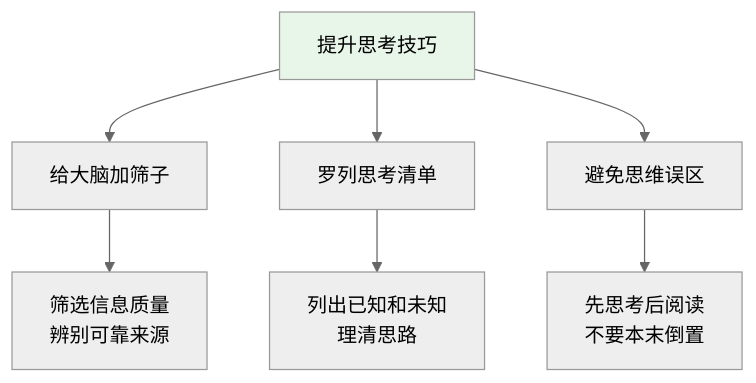
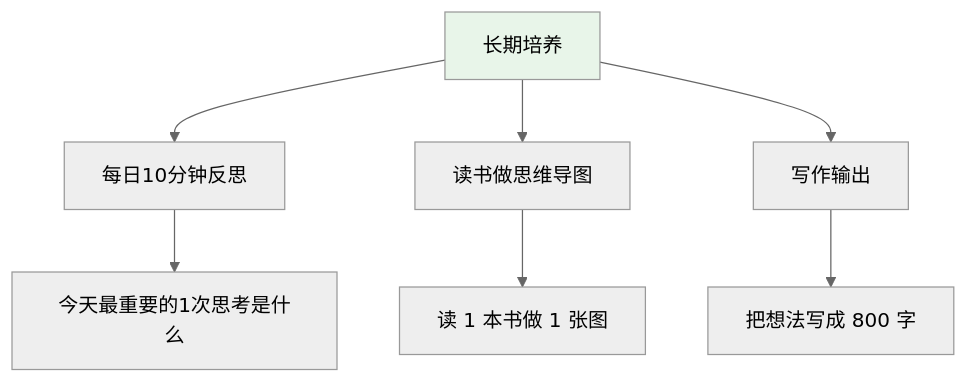
Before and after one commit to chongyang211/YCBookBlog: the fifth of 7 diagrams in 10.打工充平常记录/10.自我精进七课/07.底层思维的训练/7.6思考能力的提升.md, drawn with Mermaid (neutral theme). The commit also changed other lines of this file and 55 other files, not shown here.

````diff
--- a/10.打工充平常记录/10.自我精进七课/07.底层思维的训练/7.6思考能力的提升.md
+++ b/10.打工充平常记录/10.自我精进七课/07.底层思维的训练/7.6思考能力的提升.md
@@ -250,10 +221,10 @@
 ```mermaid
 graph TD
-    A[提升思考技巧] --> B[给大脑加筛子]
-    A --> C[罗列思考清单]
-    A --> D[避免思维误区]
-    B --> B1[筛选信息质量<br>辨别可靠来源]
-    C --> C1[列出已知和未知<br>理清思路]
-    D --> D1[先思考后阅读<br>不要本末倒置]
+    A[长期培养] --> B[每日10分钟反思]
+    A --> C[读书做思维导图]
+    A --> D[写作输出]
+    B --> B1[今天最重要的1次思考是什么]
+    C --> C1[读 1 本书做 1 张图]
+    D --> D1[把想法写成 800 字]
     style A fill:#e8f5e9
 ```
````
